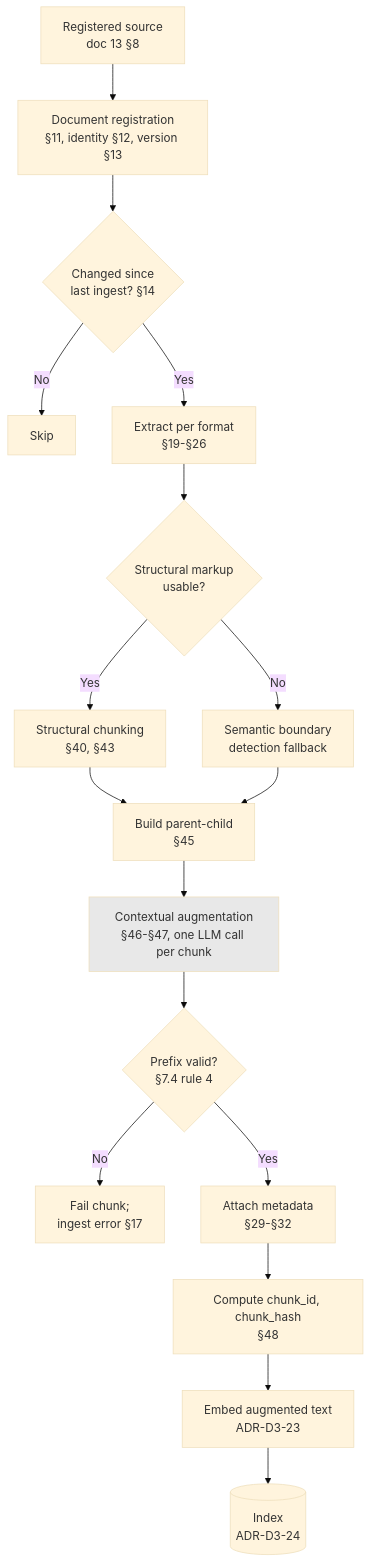
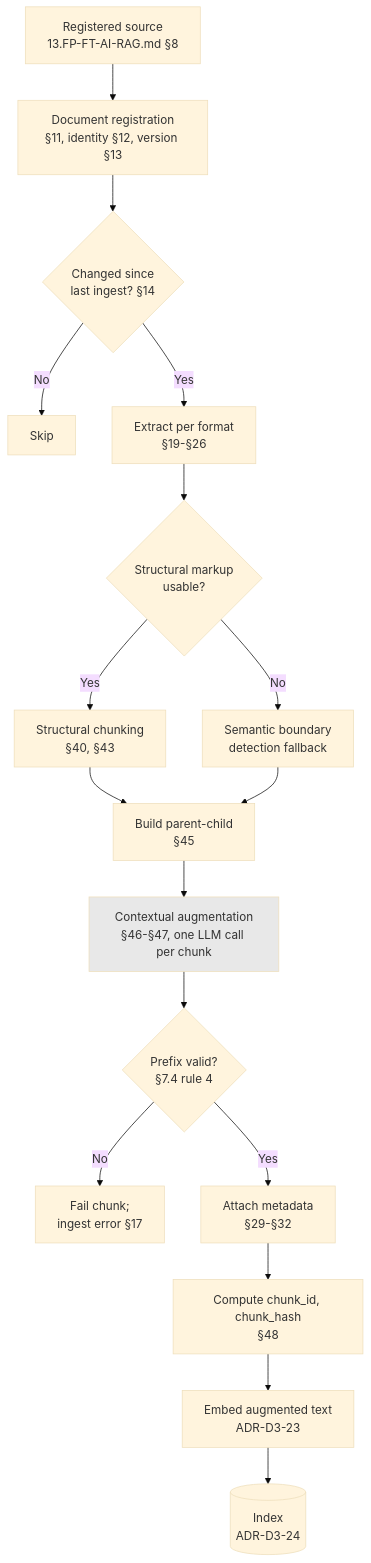
One commit to gobimca87/PF-FT changed the diagram in docs/architecture/adr/03-ai-architecture/ADR-D3-21-document-ingestion-and-chunking-strategy.md. Above: the diagram before and after it, drawn with Mermaid (base theme). The commit also changed other lines of this file and 143 other files, not shown here.

````diff
--- a/docs/architecture/adr/03-ai-architecture/ADR-D3-21-document-ingestion-and-chunking-strategy.md
+++ b/docs/architecture/adr/03-ai-architecture/ADR-D3-21-document-ingestion-and-chunking-strategy.md
@@ -438,21 +438,21 @@
 ```mermaid
 flowchart TD
-    S[Registered source<br/>doc 13 §8] --> D[Document registration<br/>§11, identity §12, version §13]
+    S[Registered source<br/>13.FP-FT-AI-RAG.md §8] --> D[Document registration<br/>§11, identity §12, version §13]
     D --> CD{Changed since<br/>last ingest? §14}
     CD -- No --> SKIP[Skip]
     CD -- Yes --> EX[Extract per format<br/>§19-§26]
     EX --> ST{Structural markup<br/>usable?}
     ST -- Yes --> SC[Structural chunking<br/>§40, §43]
     ST -- No --> SB[Semantic boundary<br/>detection fallback]
     SC --> PC[Build parent-child<br/>§45]
     SB --> PC
     PC --> AUG[Contextual augmentation<br/>§46-§47, one LLM call per chunk]
     AUG --> VAL{Prefix valid?<br/>§7.4 rule 4}
     VAL -- No --> FAIL[Fail chunk;<br/>ingest error §17]
     VAL -- Yes --> MD[Attach metadata<br/>§29-§32]
     MD --> H[Compute chunk_id, chunk_hash<br/>§48]
     H --> EMB[Embed augmented text<br/>ADR-D3-23]
     EMB --> IDX[(Index<br/>ADR-D3-24)]
 
     style AUG fill:#e8e8e8
 ```
````
